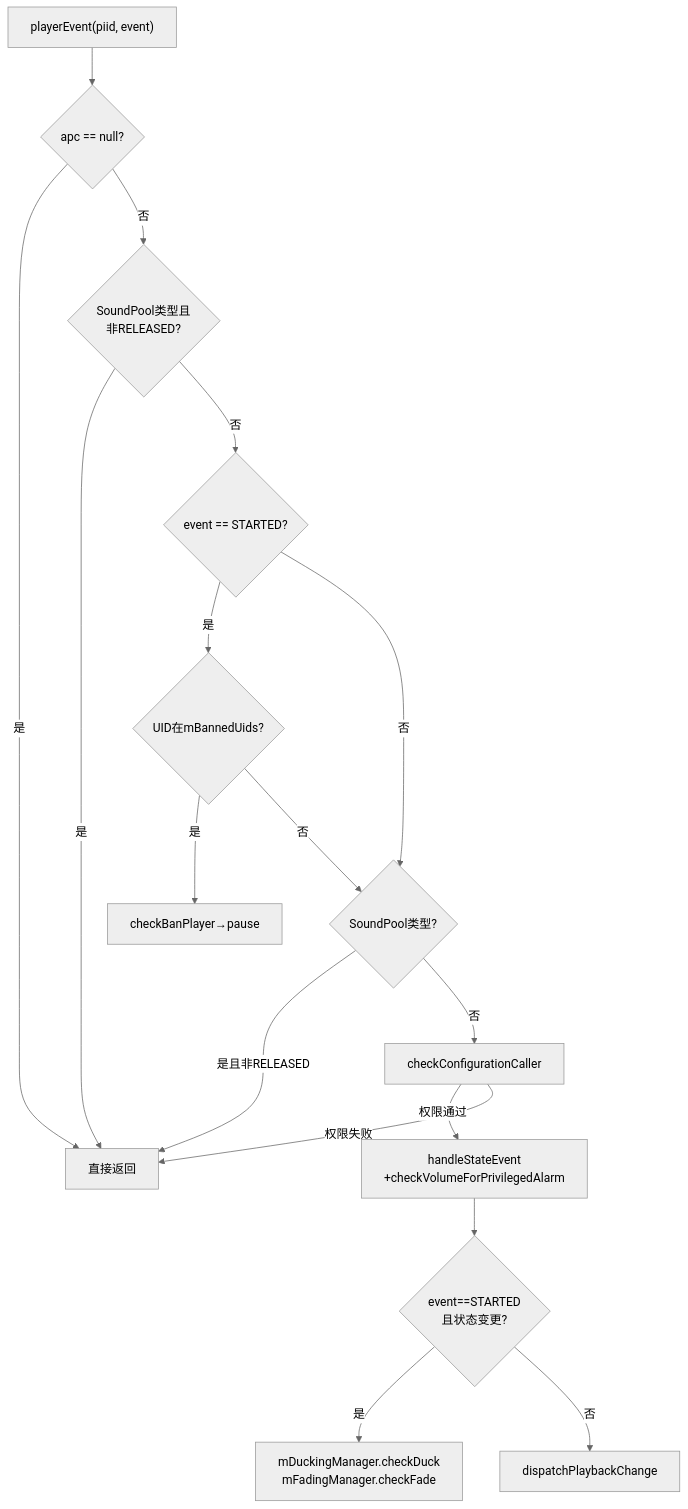
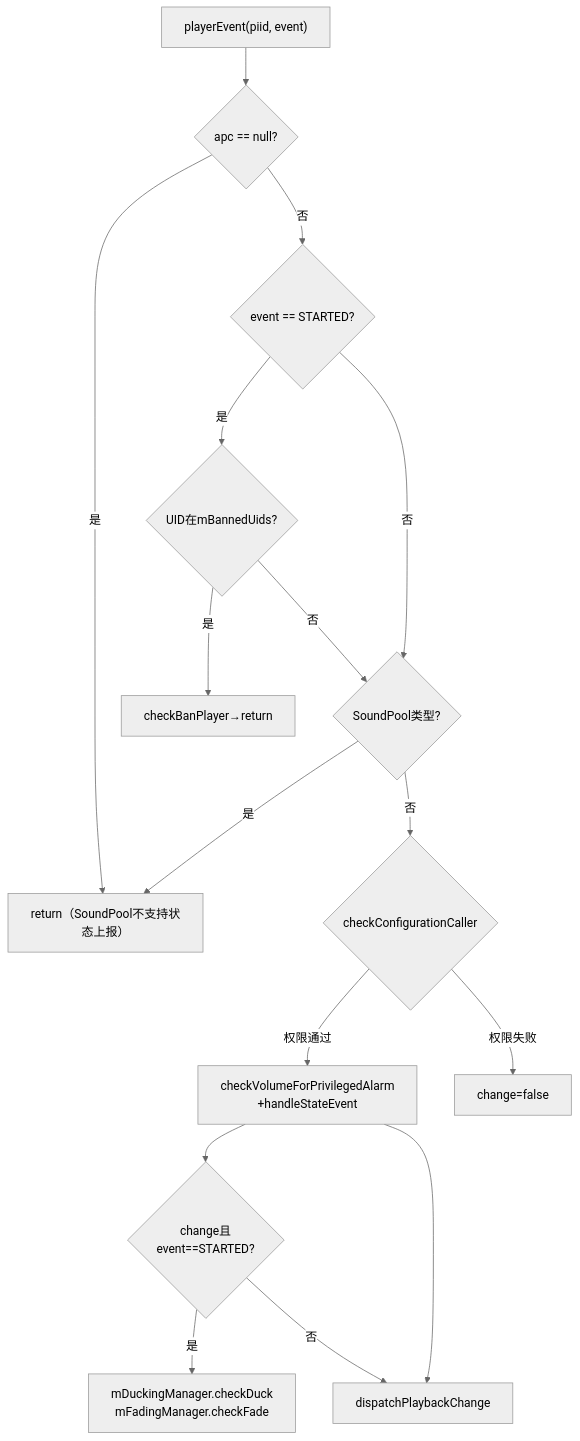
One commit to yanglinzhen1022/SA8295_AAOS_QNX_Audio_KnowledgeBase changed the second of 4 diagrams in 03_Java_Framework_Layer/03_3.6_PlaybackActivityMonitor-播放状态追踪.md. Above: the diagram before and after it, drawn with Mermaid (neutral theme). The commit also changed other lines of this file and 4 other files, not shown here.

````diff
--- a/03_Java_Framework_Layer/03_3.6_PlaybackActivityMonitor-播放状态追踪.md
+++ b/03_Java_Framework_Layer/03_3.6_PlaybackActivityMonitor-播放状态追踪.md
@@ -260,19 +259,18 @@
 ```mermaid
 flowchart TD
     A["playerEvent(piid, event)"] --> B{"apc == null?"}
     B -->|"是"| C["直接返回"]
-    B -->|"否"| D{"SoundPool类型且<br/>非RELEASED?"}
-    D -->|"是"| C
-    D -->|"否"| G{"event == STARTED?"}
+    B -->|"否"| G{"event == STARTED?"}
     G -->|"是"| H{"UID在mBannedUids?"}
-    H -->|"是"| I["checkBanPlayer→pause"]
-    H -->|"否"| J{"SoundPool类型?"}
-    G -->|"否"| J
-    J -->|"是且非RELEASED"| C
-    J -->|"否"| K["checkConfigurationCaller"]
-    K -->|"权限通过"| L["handleStateEvent<br/>+checkVolumeForPrivilegedAlarm"]
-    K -->|"权限失败"| C
-    L --> M{"event==STARTED<br/>且状态变更?"}
+    H -->|"是"| I["checkBanPlayer→return"]
+    H -->|"否"| J
+    G -->|"否"| J{"SoundPool类型?"}
+    J -->|"是"| C["return（SoundPool不支持状态上报）"]
+    J -->|"否"| K{"checkConfigurationCaller"}
+    K -->|"权限通过"| L["checkVolumeForPrivilegedAlarm<br/>+handleStateEvent"]
+    K -->|"权限失败"| K2["change=false"]
+    L --> M{"change且<br/>event==STARTED?"}
     M -->|"是"| N["mDuckingManager.checkDuck<br/>mFadingManager.checkFade"]
+    L --> O
     M -->|"否"| O["dispatchPlaybackChange"]
 ```
````
